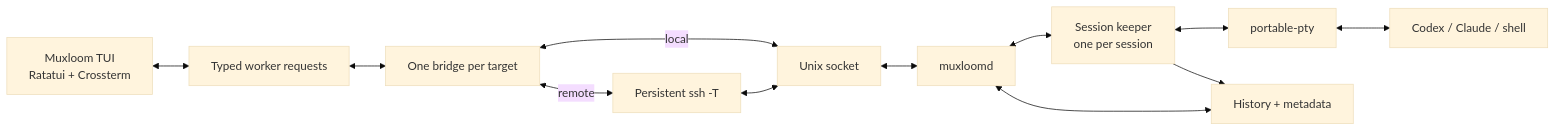
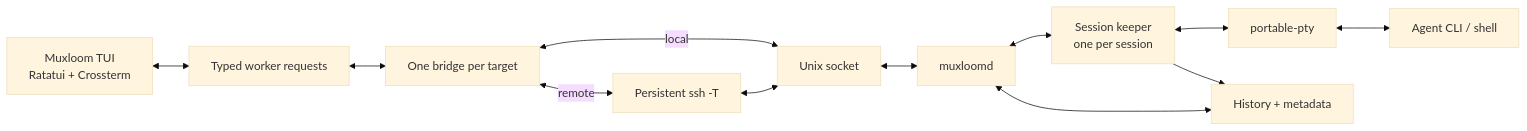
One commit to MarsTechHAN/Muxloom changed the diagram in README.md. Above: the diagram before and after it, drawn with Mermaid (base theme). The commit also changed other lines of this file and 13 other files, not shown here.

````diff
--- a/README.md
+++ b/README.md
@@ -549,24 +577,24 @@
 ```mermaid
 flowchart LR
     UI[Muxloom TUI<br/>Ratatui + Crossterm]
     Worker[Typed worker requests]
     Pool[One bridge per target]
     SSH[Persistent ssh -T]
     Socket[Unix socket]
     Daemon[muxloomd]
     Keeper[Session keeper<br/>one per session]
     PTY[portable-pty]
-    CLI[Codex / Claude / shell]
+    CLI[Agent CLI / shell]
     State[History + metadata]
 
     UI <--> Worker
     Worker <--> Pool
     Pool <-->|remote| SSH
     Pool <-->|local| Socket
     SSH <--> Socket
     Socket <--> Daemon
     Daemon <--> Keeper
     Keeper <--> PTY <--> CLI
     Keeper --> State
     Daemon <--> State
 ```
````
